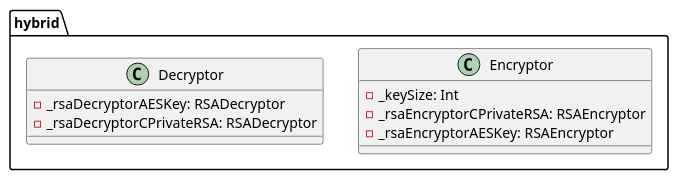
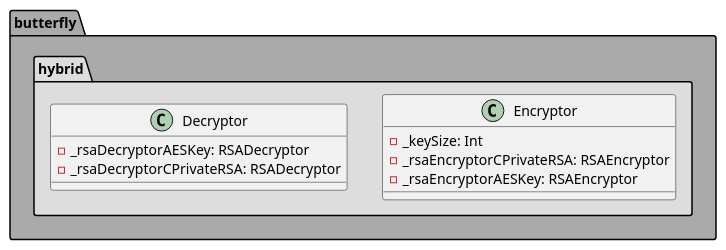
The diagram in architecture/class_diagrams/crypto/hybrid.puml (bierschi/butterfly), drawn with PlantUML before and after one commit. The commit also changed 16 other files, not shown here.

Commit message:
Updated the aes classes and the architecture

```diff
--- a/architecture/class_diagrams/crypto/hybrid.puml
+++ b/architecture/class_diagrams/crypto/hybrid.puml
@@ -1,21 +1,27 @@
 @startuml
 'https://plantuml.com/sequence-diagram
-package hybrid
+
+package butterfly #AAAAAA
+{
+
+package hybrid #DDDDDD
 {
 
 class Encryptor
 {
     - _keySize: Int
     - _rsaEncryptorCPrivateRSA: RSAEncryptor
     - _rsaEncryptorAESKey: RSAEncryptor
 }
 
 class Decryptor
 {
 
     -_rsaDecryptorAESKey: RSADecryptor
     -_rsaDecryptorCPrivateRSA: RSADecryptor
 }
 
 }
+
+}
 @enduml
```
